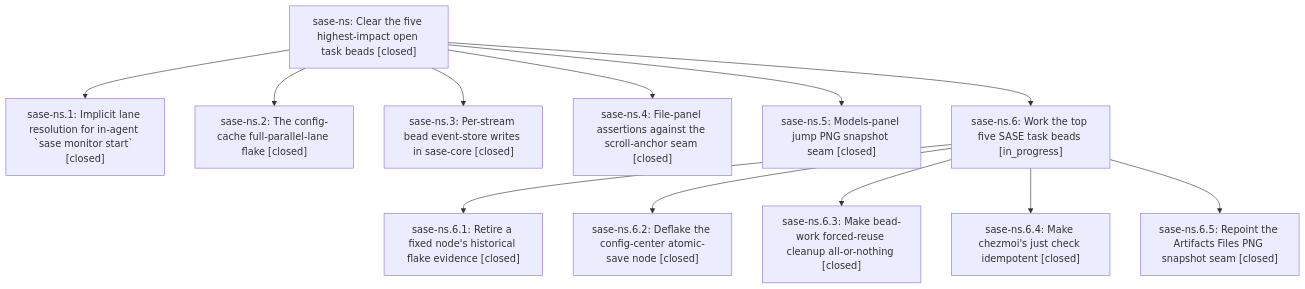
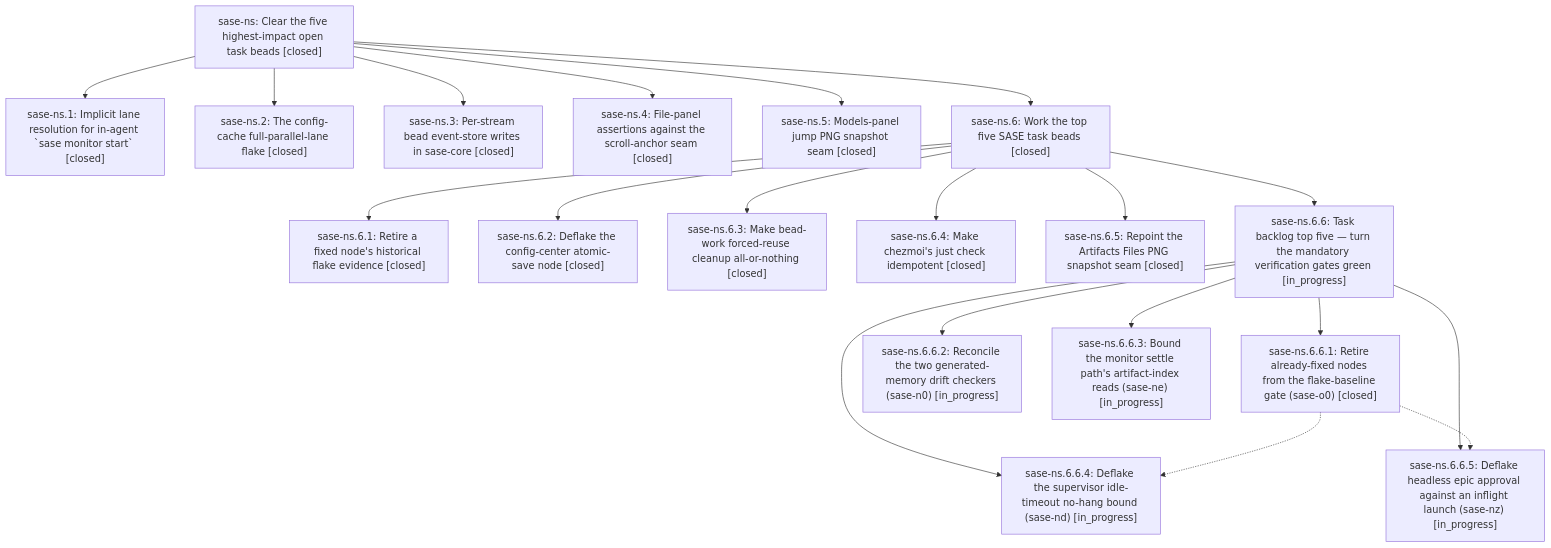
Before and after one commit to sase-org/sase--beads: the diagram in pages/sase-ns/README.md, drawn with Mermaid. The commit also changed other lines of this file and 8 other files, not shown here.

First line of the commit message:
chore(beads): sync bead state and pages for sase-ns

````diff
--- a/pages/sase-ns/README.md
+++ b/pages/sase-ns/README.md
@@ -62,26 +70,40 @@
 ```mermaid
 flowchart TD
     n0["sase-ns: Clear the five highest-impact open task beads [closed]"]
     n1["sase-ns.1: Implicit lane resolution for in-agent `sase monitor start` [closed]"]
     n2["sase-ns.2: The config-cache full-parallel-lane flake [closed]"]
     n3["sase-ns.3: Per-stream bead event-store writes in sase-core [closed]"]
     n4["sase-ns.4: File-panel assertions against the scroll-anchor seam [closed]"]
     n5["sase-ns.5: Models-panel jump PNG snapshot seam [closed]"]
-    n6["sase-ns.6: Work the top five SASE task beads [in_progress]"]
+    n6["sase-ns.6: Work the top five SASE task beads [closed]"]
     n7["sase-ns.6.1: Retire a fixed node's historical flake evidence [closed]"]
     n8["sase-ns.6.2: Deflake the config-center atomic-save node [closed]"]
     n9["sase-ns.6.3: Make bead-work forced-reuse cleanup all-or-nothing [closed]"]
     n10["sase-ns.6.4: Make chezmoi's just check idempotent [closed]"]
     n11["sase-ns.6.5: Repoint the Artifacts Files PNG snapshot seam [closed]"]
+    n12["sase-ns.6.6: Task backlog top five — turn the mandatory verification gates green [in_progress]"]
+    n13["sase-ns.6.6.1: Retire already-fixed nodes from the flake-baseline gate (sase-o0) [closed]"]
+    n14["sase-ns.6.6.2: Reconcile the two generated-memory drift checkers (sase-n0) [in_progress]"]
+    n15["sase-ns.6.6.3: Bound the monitor settle path's artifact-index reads (sase-ne) [in_progress]"]
+    n16["sase-ns.6.6.4: Deflake the supervisor idle-timeout no-hang bound (sase-nd) [in_progress]"]
+    n17["sase-ns.6.6.5: Deflake headless epic approval against an inflight launch (sase-nz) [in_progress]"]
     n0 --> n1
     n0 --> n2
     n0 --> n3
     n0 --> n4
     n0 --> n5
     n0 --> n6
     n6 --> n7
     n6 --> n8
     n6 --> n9
     n6 --> n10
     n6 --> n11
+    n6 --> n12
+    n12 --> n13
+    n12 --> n14
+    n12 --> n15
+    n12 --> n16
+    n12 --> n17
+    n13 -.-> n16
+    n13 -.-> n17
 ```
````
